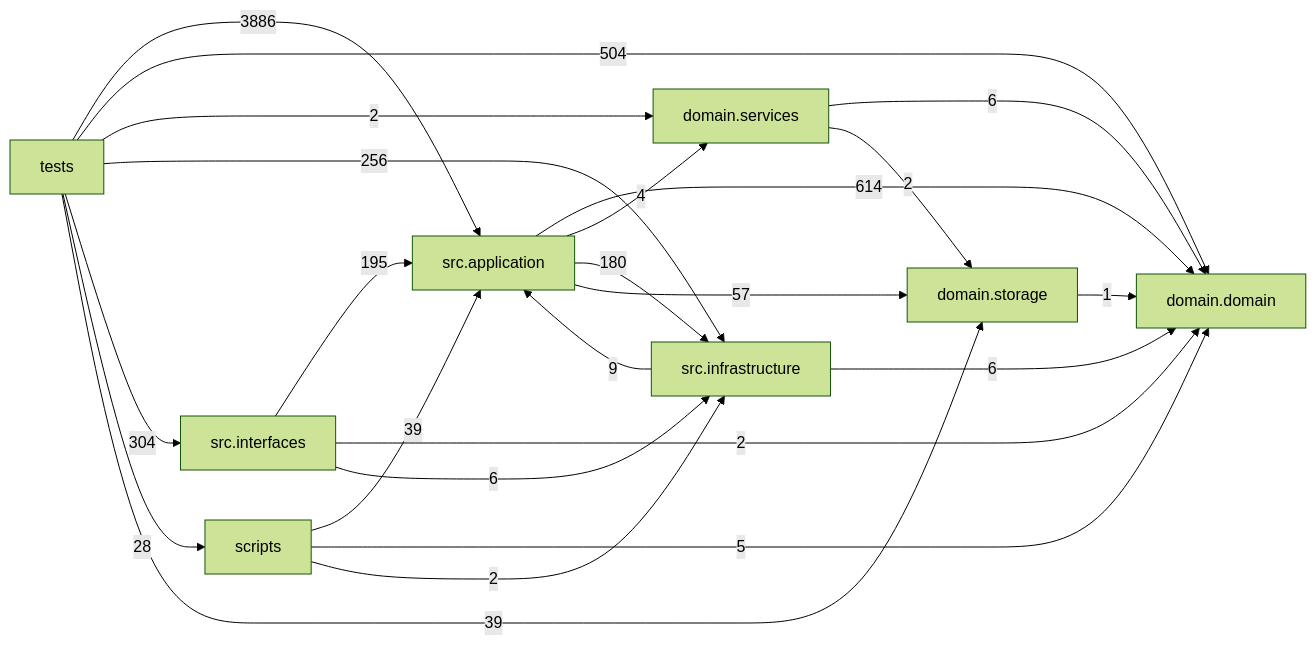
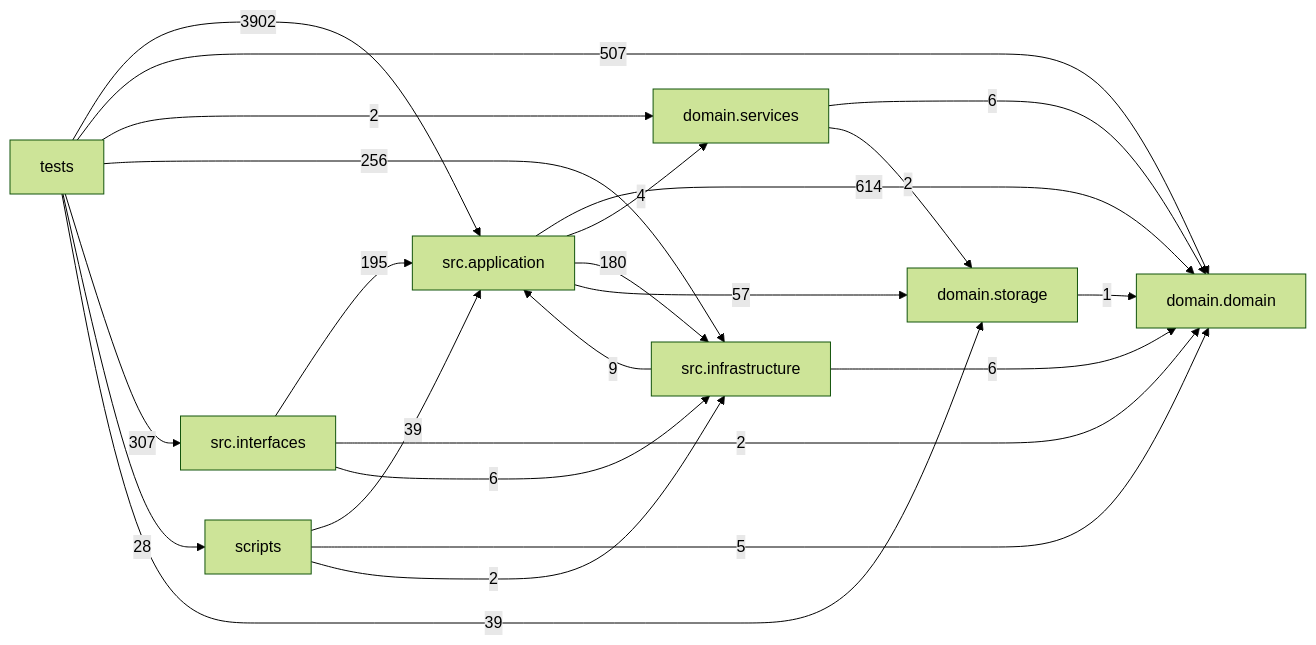
Before and after one commit to liuxie066/options-monitor: the diagram in docs/DEPENDENCY_GRAPH.md, drawn with Mermaid (forest theme). The commit also changed other lines of this file and 3 other files, not shown here.

````diff
--- a/docs/DEPENDENCY_GRAPH.md
+++ b/docs/DEPENDENCY_GRAPH.md
@@ -24,33 +24,33 @@
 ```mermaid
 flowchart LR
   tests["tests"]
   scripts["scripts"]
   interfaces["src.interfaces"]
   application["src.application"]
   infrastructure["src.infrastructure"]
   domain_services["domain.services"]
   domain["domain.domain"]
   storage["domain.storage"]
   application -->|614| domain
   application -->|4| domain_services
   application -->|180| infrastructure
   application -->|57| storage
   domain_services -->|6| domain
   domain_services -->|2| storage
   infrastructure -->|9| application
   infrastructure -->|6| domain
   interfaces -->|195| application
   interfaces -->|2| domain
   interfaces -->|6| infrastructure
   scripts -->|39| application
   scripts -->|5| domain
   scripts -->|2| infrastructure
   storage -->|1| domain
-  tests -->|3886| application
-  tests -->|504| domain
+  tests -->|3902| application
+  tests -->|507| domain
   tests -->|2| domain_services
   tests -->|256| infrastructure
-  tests -->|304| interfaces
+  tests -->|307| interfaces
   tests -->|28| scripts
   tests -->|39| storage
 ```
````
